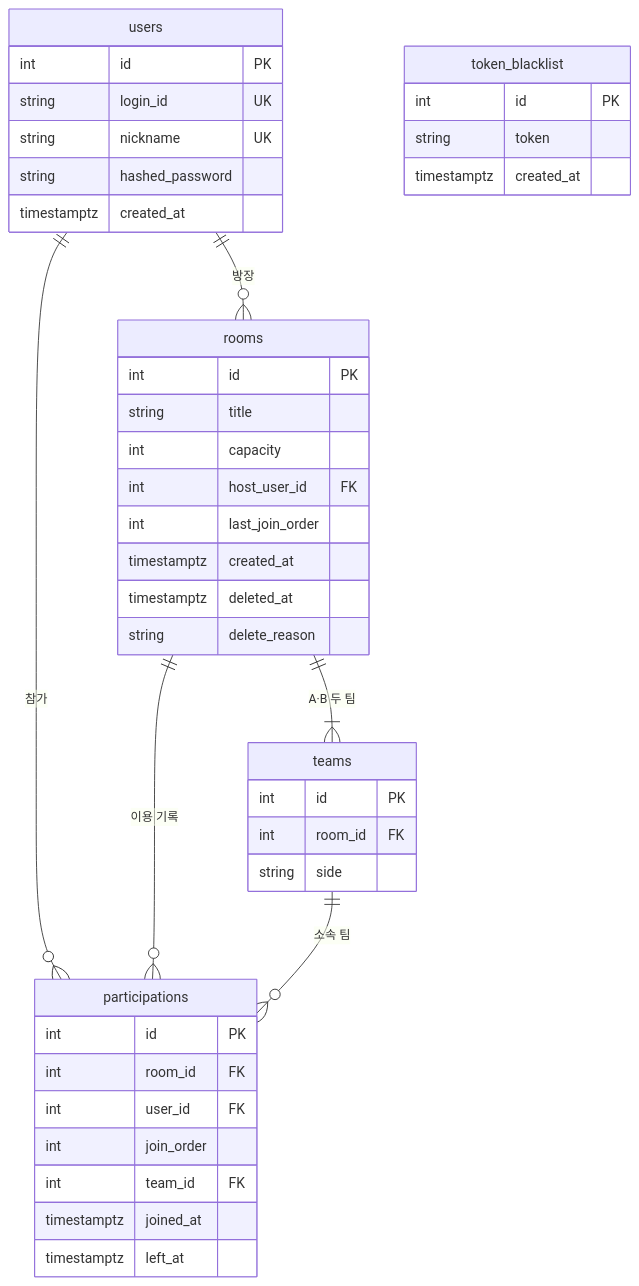
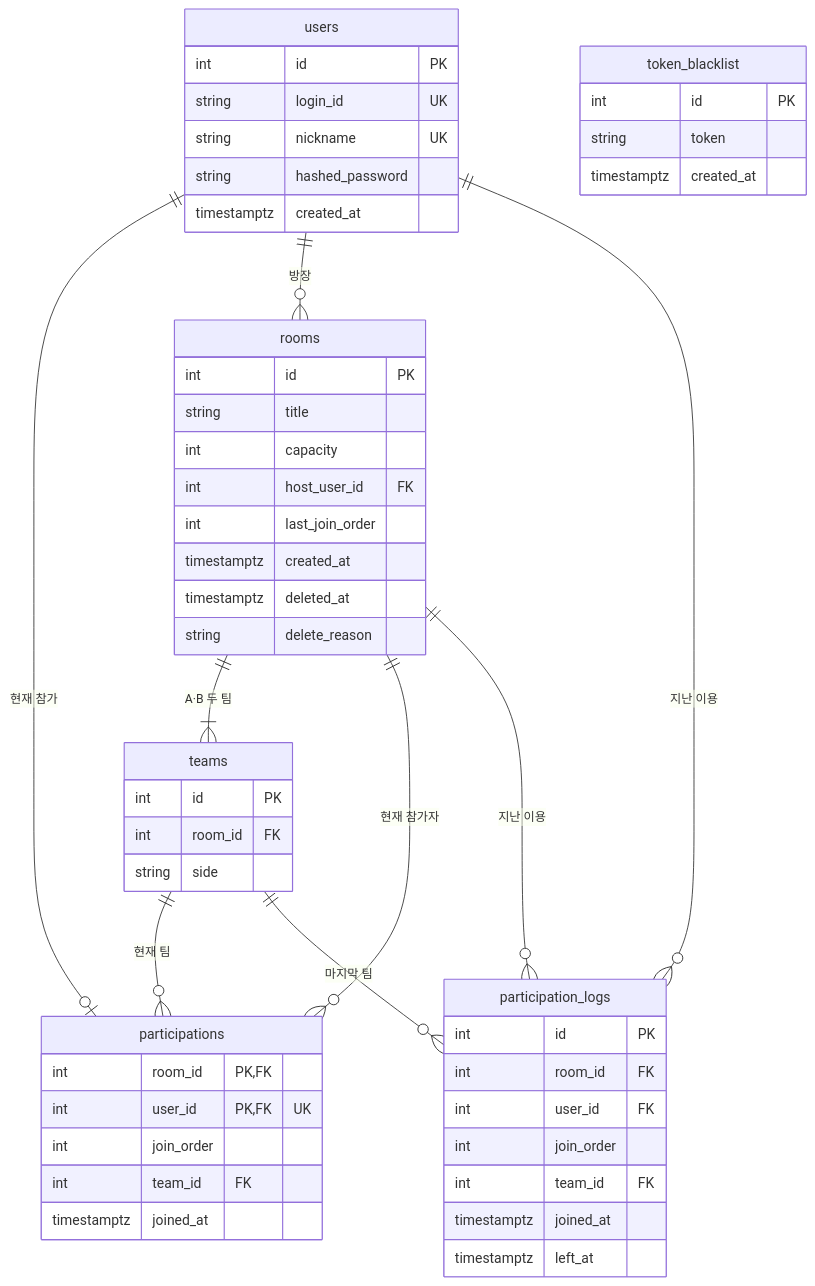
Before and after one commit to gyoo303/kant-backend-matchmaking: the diagram in docs/02-arch/03-db-schema.md, drawn with Mermaid. The commit also changed other lines of this file and 7 other files, not shown here.

Commit message:
docs(arch): ADR-011 participations 복합 PK·participation_logs, 스키마·API·HANDOFF M9 티켓 (D-025)

````diff
--- a/docs/02-arch/03-db-schema.md
+++ b/docs/02-arch/03-db-schema.md
@@ -21,44 +22,54 @@
 ```mermaid
 erDiagram
-    users ||--o{ participations : "참가"
+    users ||--o| participations : "현재 참가"
     users ||--o{ rooms : "방장"
     rooms ||--|{ teams : "A·B 두 팀"
-    rooms ||--o{ participations : "이용 기록"
-    teams ||--o{ participations : "소속 팀"
+    users ||--o{ participation_logs : "지난 이용"
+    rooms ||--o{ participations : "현재 참가자"
+    rooms ||--o{ participation_logs : "지난 이용"
+    teams ||--o{ participations : "현재 팀"
+    teams ||--o{ participation_logs : "마지막 팀"
     users {
         int id PK
         string login_id UK
         string nickname UK
         string hashed_password
         timestamptz created_at
     }
     token_blacklist {
         int id PK
         string token
         timestamptz created_at
     }
     rooms {
         int id PK
         string title
         int capacity
         int host_user_id FK
         int last_join_order
         timestamptz created_at
         timestamptz deleted_at
         string delete_reason
     }
     teams {
         int id PK
         int room_id FK
         string side
     }
     participations {
+        int room_id PK, FK
+        int user_id PK, FK "UK"
+        int join_order
+        int team_id FK
+        timestamptz joined_at
+    }
+    participation_logs {
         int id PK
         int room_id FK
         int user_id FK
         int join_order
         int team_id FK
         timestamptz joined_at
         timestamptz left_at
     }
 ```
````
